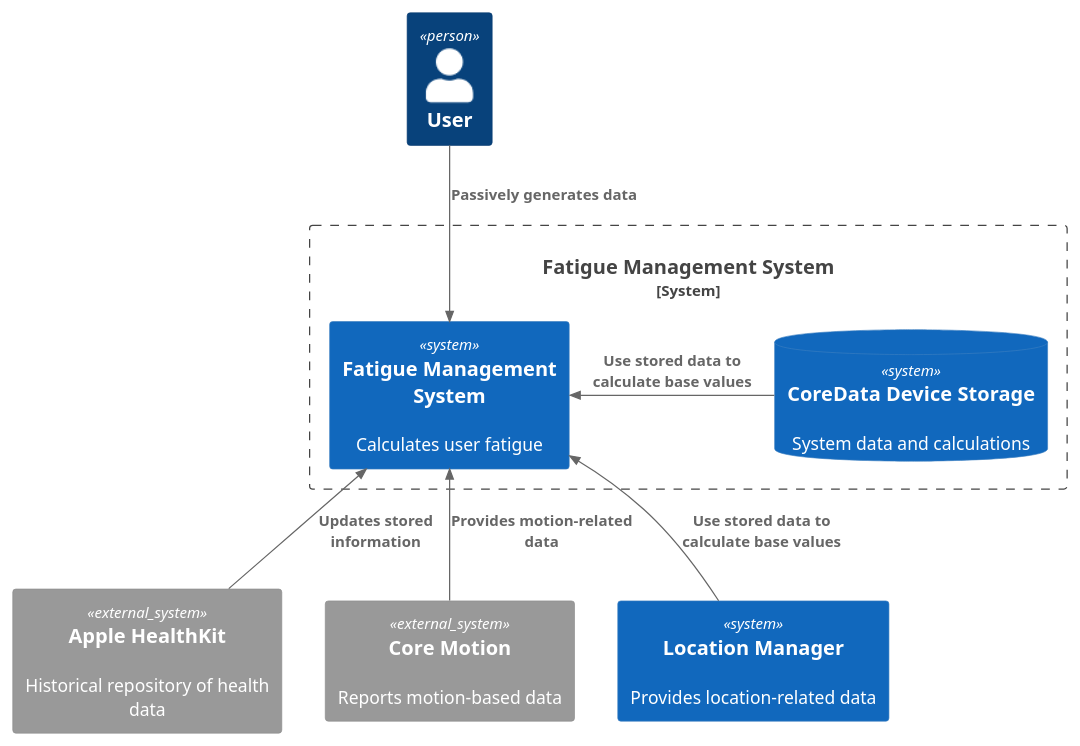
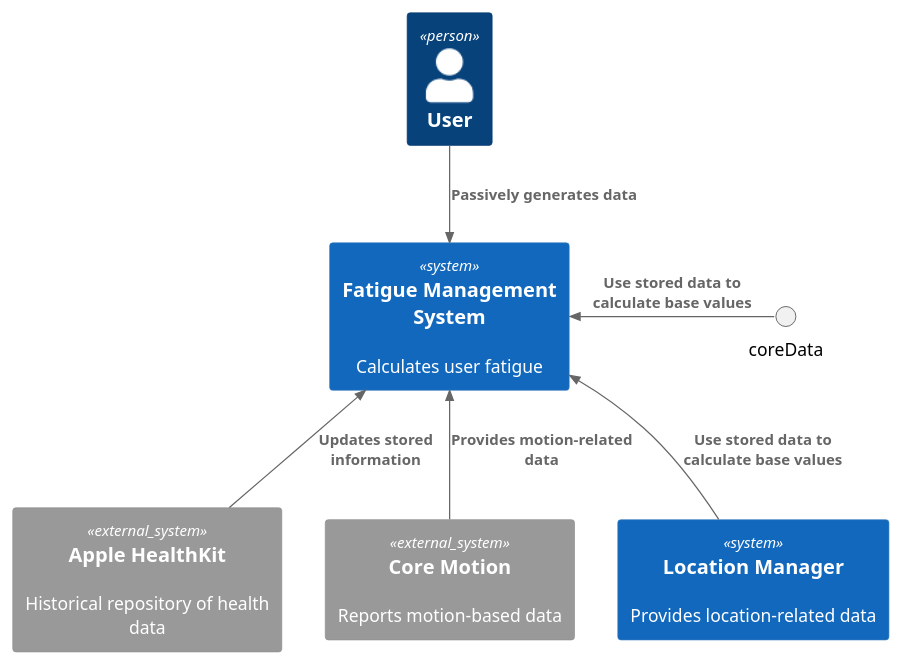
The diagram in diagrams/context/context-diagram.puml (VC-658-Team/VC-658), drawn with PlantUML before and after one commit. The commit also changed 3 other files, not shown here.

Commit message:
adding container diagrams

```diff
--- a/diagrams/context/context-diagram.puml
+++ b/diagrams/context/context-diagram.puml
@@ -4,21 +4,19 @@
 @startuml Context-diagram
 !include  https://raw.githubusercontent.com/plantuml-stdlib/C4-PlantUML/master/C4_Context.puml
 
 
 Person(user, "User", )
 System_Ext(healthRepo, "Apple HealthKit", "Historical repository of health data")
 System_Ext(coreMotion, "Core Motion", "Reports motion-based data")
 System(locationMgr, "Location Manager", "Provides location-related data")
 
-System_Boundary(systemBoundary, "Fatigue Management System") {
-    System(system, "Fatigue Management System", "Calculates user fatigue")
-    SystemDb(coreData, "CoreData Device Storage", "System data and calculations")
-}
+System(system, "Fatigue Management System", "Calculates user fatigue")
+
 Rel_D(user, system, "Passively generates data")
 Rel_U(healthRepo, system, "Updates stored information")
 Rel_U(coreMotion, system, "Provides motion-related data")
 Rel_U(locationMgr, system, "Use stored data to calculate base values")
 Rel_L(coreData, system, "Use stored data to calculate base values")
 
 
 @enduml
```
